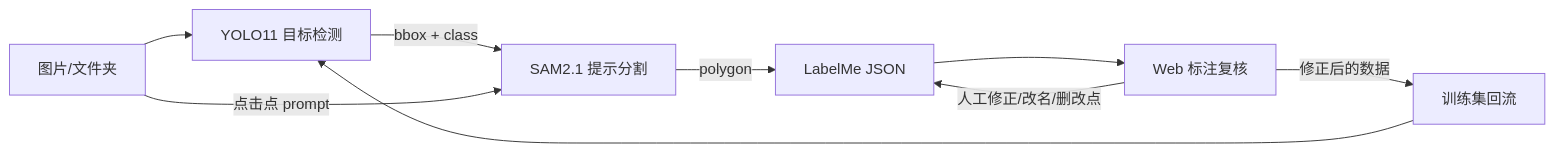
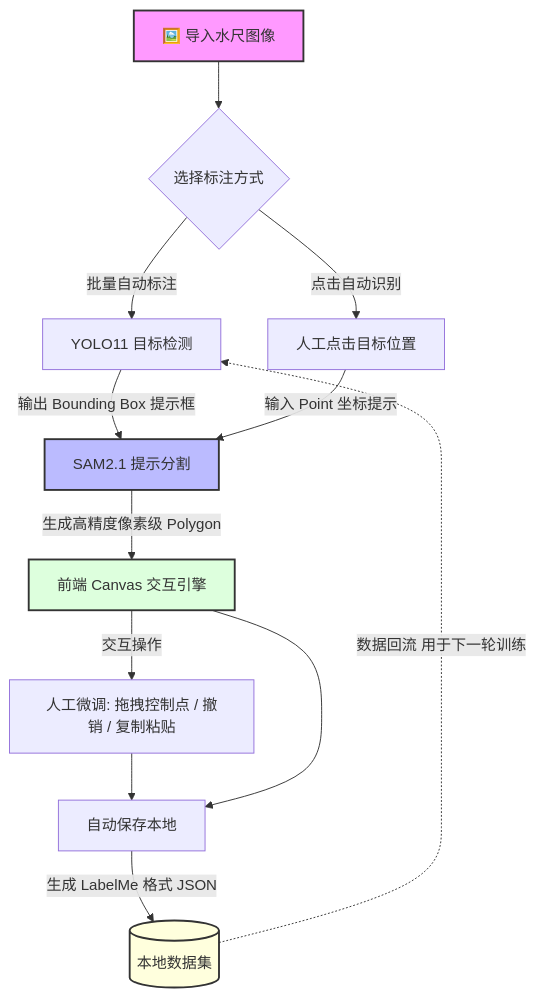
The first of 2 diagrams in README.md (Kan9C00L/water-gauge-annotator), drawn with Mermaid before and after one commit. The commit also changed other lines of this file, not shown here.

````diff
--- a/README.md
+++ b/README.md
@@ -7,11 +7,25 @@
 ```mermaid
-flowchart LR
-    A[图片/文件夹] --> B[YOLO11 目标检测]
-    B -->|bbox + class| C[SAM2.1 提示分割]
-    A -->|点击点 prompt| C
-    C -->|polygon| D[LabelMe JSON]
-    D --> E[Web 标注复核]
-    E -->|人工修正/改名/删改点| D
-    E -->|修正后的数据| F[训练集回流]
-    F --> B
+graph TD
+    A[🖼️ 导入水尺图像] --> B{选择标注方式}
+    
+    B -->|批量自动标注| C[YOLO11 目标检测]
+    B -->|点击自动识别| D[人工点击目标位置]
+    
+    C -->|输出 Bounding Box 提示框| E[SAM2.1 提示分割]
+    D -->|输入 Point 坐标提示| E
+    
+    E -->|生成高精度像素级 Polygon| F[前端 Canvas 交互引擎]
+    
+    F -->|交互操作| G[人工微调: 拖拽控制点 / 撤销 / 复制粘贴]
+    G --> H[自动保存本地]
+    
+    F --> H
+    
+    H -->|生成 LabelMe 格式 JSON| I[(本地数据集)]
+    I -.->|数据回流 用于下一轮训练| C
+    
+    style A fill:#f9f,stroke:#333,stroke-width:2px
+    style E fill:#bbf,stroke:#333,stroke-width:2px
+    style F fill:#dfd,stroke:#333,stroke-width:2px
+    style I fill:#ffd,stroke:#333,stroke-width:2px
 ```
````
